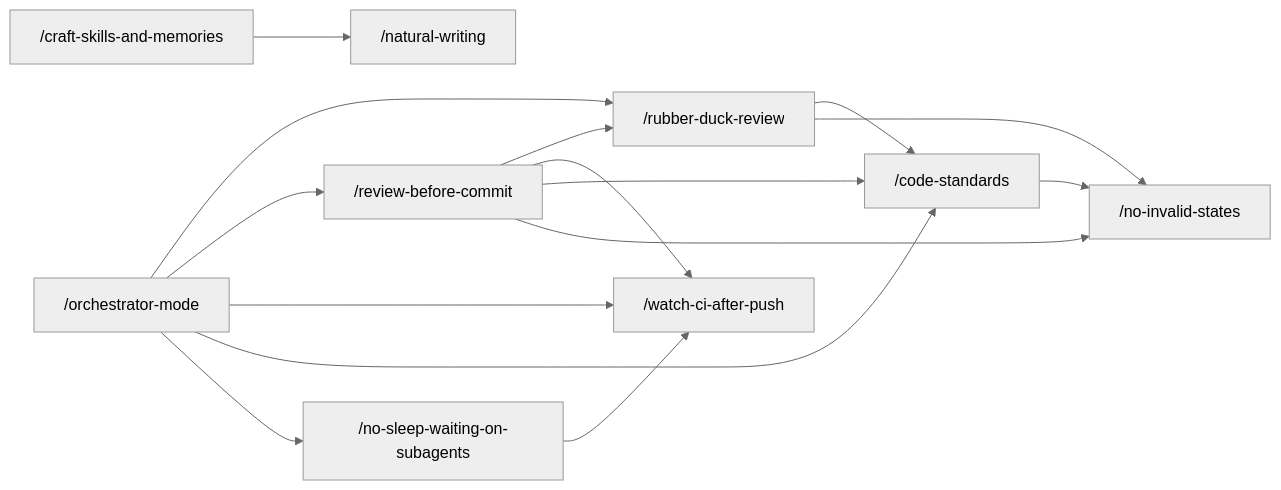
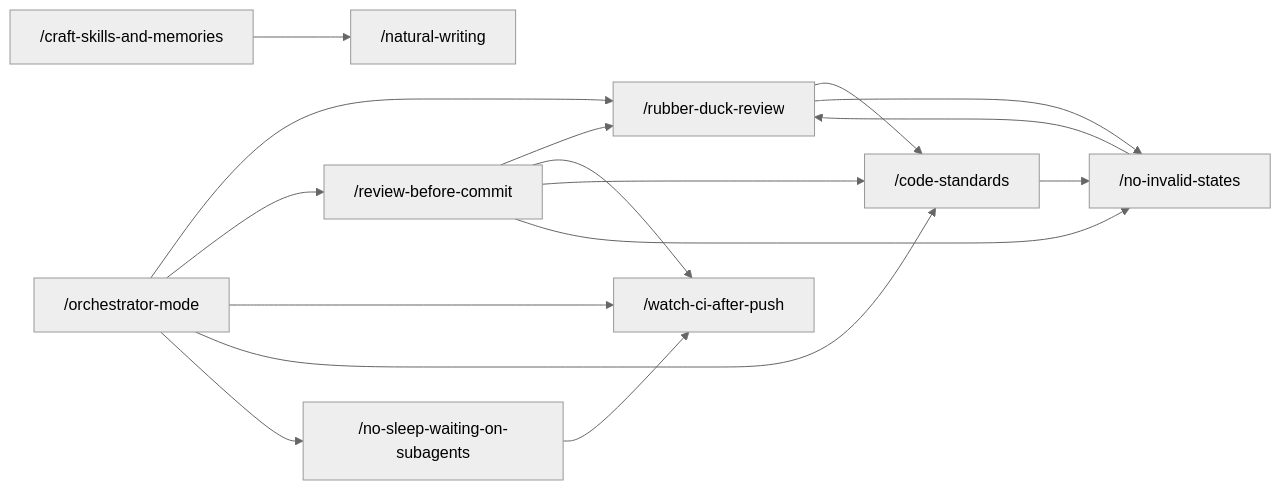
The diagram in README.md (Vivswan/skills), drawn with Mermaid (neutral theme) before and after one commit. The commit also changed 9 other files, not shown here.

````diff
--- a/README.md
+++ b/README.md
@@ -34,17 +34,18 @@
 ```mermaid
 graph LR
   om["/orchestrator-mode"] --> rdr["/rubber-duck-review"]
   om --> rbc["/review-before-commit"]
   om --> wca["/watch-ci-after-push"]
   om --> cs["/code-standards"]
   rbc --> rdr
   rbc --> wca
   rbc --> cs
   rbc --> nis["/no-invalid-states"]
   rdr --> cs
   rdr --> nis
+  nis --> rdr
   cs --> nis
   om --> nsw["/no-sleep-waiting-on-subagents"]
   nsw --> wca
   csm["/craft-skills-and-memories"] --> nw["/natural-writing"]
 ```
````
